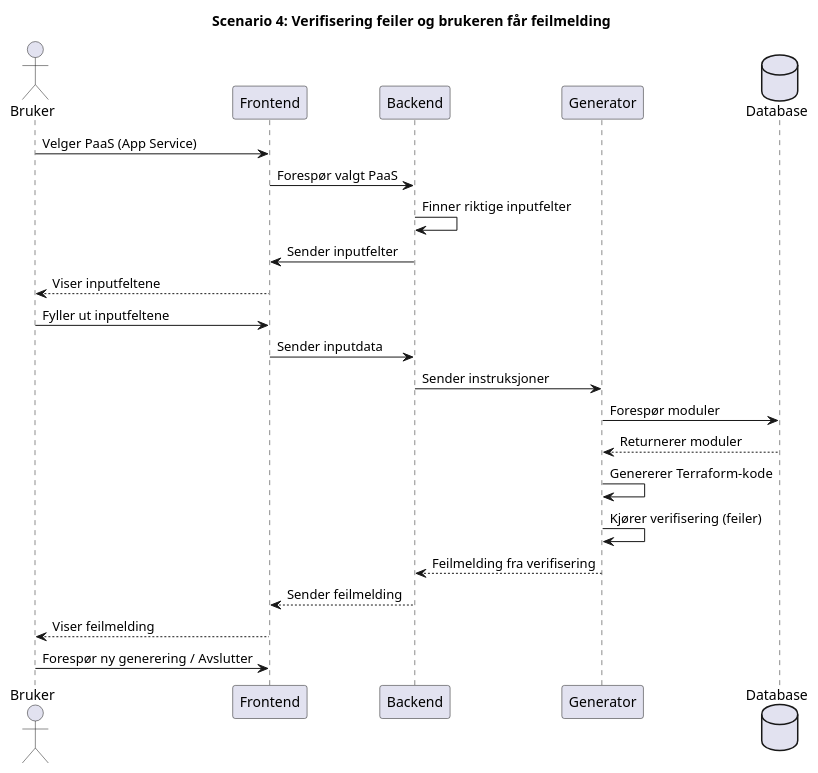
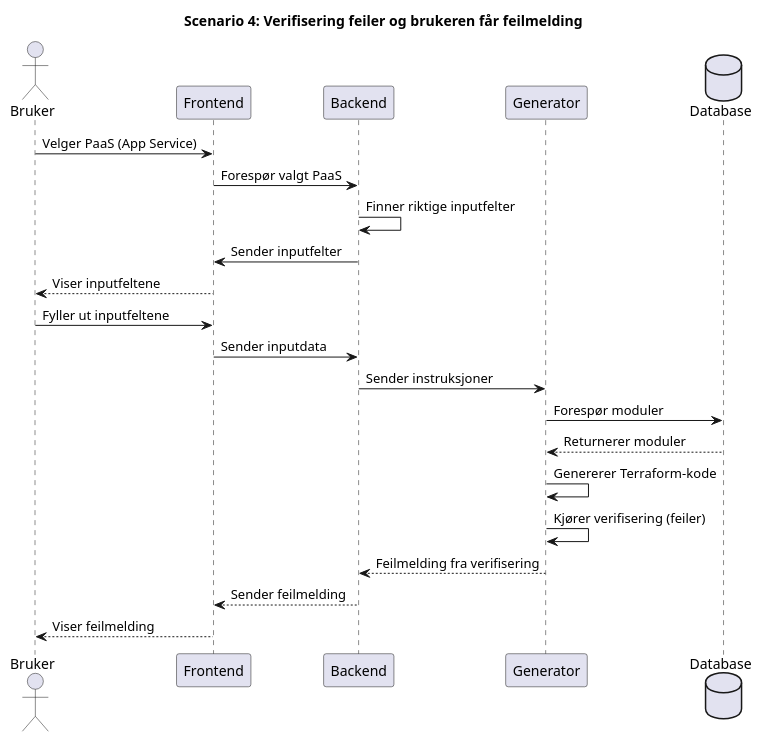
One commit to Bachelor-B25ITK12/Diagrammer changed the diagram in UML_Diagrammer/Applikasjonsfly-Manuell-v3/validering_feilet.puml. Above: the diagram before and after it, drawn with PlantUML. The commit also changed 7 other files, not shown here.

Commit message:
gjorde noen forbedringer av sekvensdiagrammen for LLM-, samt manuelle-genereringen.

```diff
--- a/UML_Diagrammer/Applikasjonsfly-Manuell-v3/validering_feilet.puml
+++ b/UML_Diagrammer/Applikasjonsfly-Manuell-v3/validering_feilet.puml
@@ -1,32 +1,30 @@
 @startuml
 title Scenario 4: Verifisering feiler og brukeren får feilmelding
 
 actor Bruker as Bruker
 participant Frontend as Frontend
 participant Backend as Backend
 participant Generator as Generator
 database Database as Database
 
 Bruker        ->      Frontend        :   Velger PaaS (App Service)
 Frontend      ->      Backend         :   Forespør valgt PaaS
 Backend       ->      Backend         :   Finner riktige inputfelter
 Backend       ->      Frontend        :   Sender inputfelter
 Frontend      -->     Bruker          :   Viser inputfeltene
 Bruker        ->      Frontend        :   Fyller ut inputfeltene
 Frontend      ->      Backend         :   Sender inputdata
 Backend       ->      Generator       :   Sender instruksjoner
 
 Generator     ->      Database        :   Forespør moduler
 Database      -->     Generator       :   Returnerer moduler
 Generator     ->      Generator       :   Genererer Terraform-kode
 
 
 Generator     ->      Generator       :   Kjører verifisering (feiler)
 Generator     -->     Backend         :   Feilmelding fra verifisering
 Backend       -->     Frontend        :   Sender feilmelding
 Frontend      -->     Bruker          :   Viser feilmelding
 
 
-Bruker        ->      Frontend        :   Forespør ny generering / Avslutter
-
 @enduml
```
